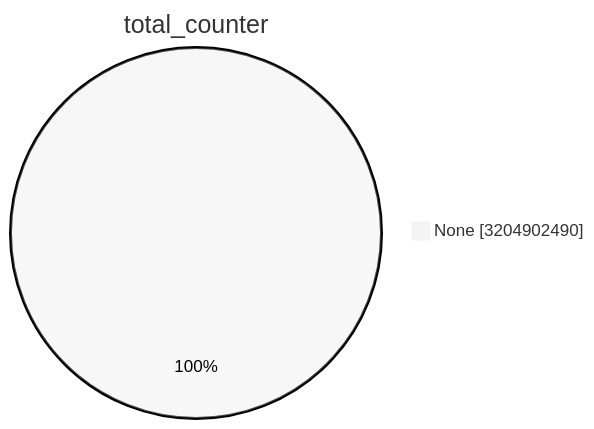
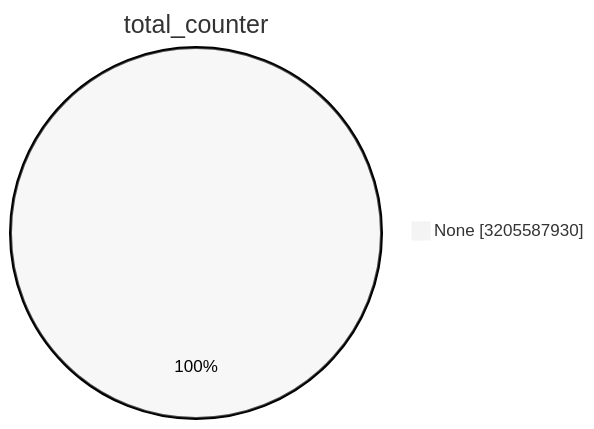
Before and after one commit to christiankrug/ctmonitor_visualization: the first of 15 diagrams in TOTAL/README.md, drawn with Mermaid (neutral theme). The commit also changed other lines of this file, not shown here.

````diff
--- a/TOTAL/README.md
+++ b/TOTAL/README.md
@@ -1,5 +1,5 @@
 ```mermaid
 pie showData
 title total_counter
-"None" :3204902490
+"None" :3205587930
 ```
````
